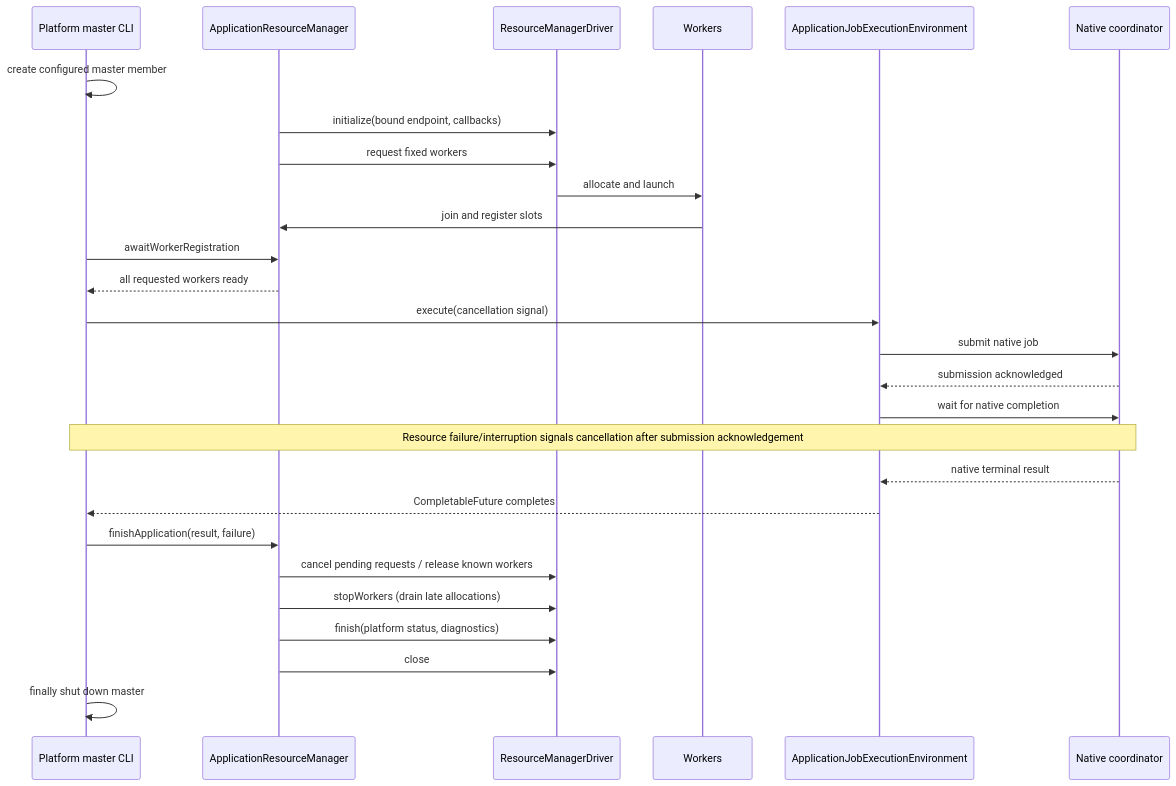
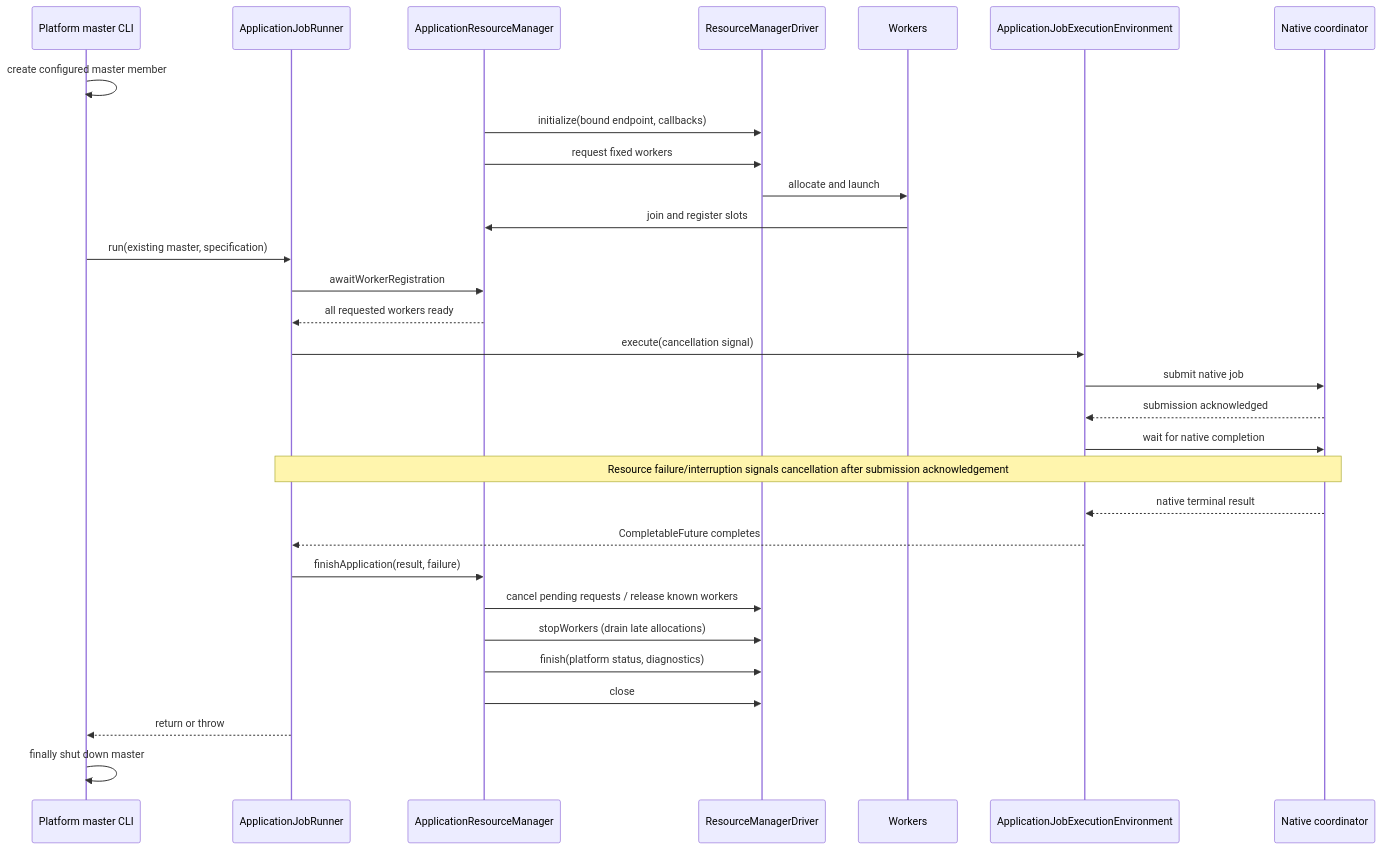
Before and after one commit to apache/seatunnel: the second of 2 diagrams in seatunnel-resource-managers/STIP-41-native-zeta-application-mode.md, drawn with Mermaid. The commit also changed other lines of this file and 9 other files, not shown here.

Commit message:
[Improve][Zeta] Unify application job execution in shared runner

````diff
--- a/seatunnel-resource-managers/STIP-41-native-zeta-application-mode.md
+++ b/seatunnel-resource-managers/STIP-41-native-zeta-application-mode.md
@@ -303,29 +303,32 @@
 ```mermaid
 sequenceDiagram
     participant CLI as Platform master CLI
+    participant R as ApplicationJobRunner
     participant RM as ApplicationResourceManager
     participant D as ResourceManagerDriver
     participant W as Workers
     participant E as ApplicationJobExecutionEnvironment
     participant Z as Native coordinator
     CLI->>CLI: create configured master member
     RM->>D: initialize(bound endpoint, callbacks)
     RM->>D: request fixed workers
     D->>W: allocate and launch
     W->>RM: join and register slots
-    CLI->>RM: awaitWorkerRegistration
-    RM-->>CLI: all requested workers ready
-    CLI->>E: execute(cancellation signal)
+    CLI->>R: run(existing master, specification)
+    R->>RM: awaitWorkerRegistration
+    RM-->>R: all requested workers ready
+    R->>E: execute(cancellation signal)
     E->>Z: submit native job
     Z-->>E: submission acknowledged
     E->>Z: wait for native completion
-    Note over CLI,Z: Resource failure/interruption signals cancellation after submission acknowledgement
+    Note over R,Z: Resource failure/interruption signals cancellation after submission acknowledgement
     Z-->>E: native terminal result
-    E-->>CLI: CompletableFuture completes
-    CLI->>RM: finishApplication(result, failure)
+    E-->>R: CompletableFuture completes
+    R->>RM: finishApplication(result, failure)
     RM->>D: cancel pending requests / release known workers
     RM->>D: stopWorkers (drain late allocations)
     RM->>D: finish(platform status, diagnostics)
     RM->>D: close
+    R-->>CLI: return or throw
     CLI->>CLI: finally shut down master
 ```
````
